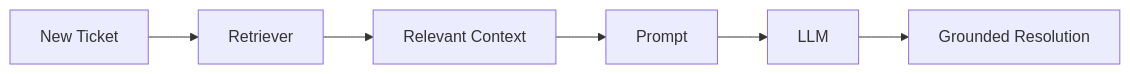
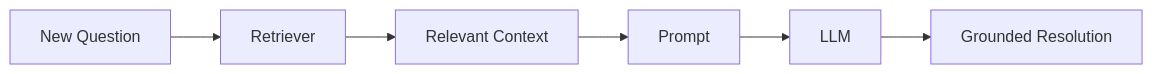
Before and after one commit to bee-honey/ai-support-ticket-resolver: the sixth of 9 diagrams in docs/IMPLEMENTATION_GUIDE.md, drawn with Mermaid. The commit also changed other lines of this file, not shown here.

````diff
--- a/docs/IMPLEMENTATION_GUIDE.md
+++ b/docs/IMPLEMENTATION_GUIDE.md
@@ -493,14 +390,14 @@
 ```mermaid
 flowchart LR
-    T["New Ticket"]
+    Q["New Question"]
     R["Retriever"]
     C["Relevant Context"]
     P["Prompt"]
     L["LLM"]
     O["Grounded Resolution"]
-    T --> R
+    Q --> R
     R --> C
     C --> P
     P --> L
     L --> O
 ```
````
